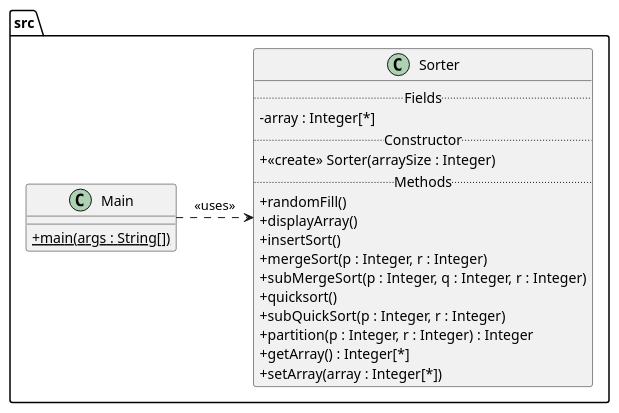
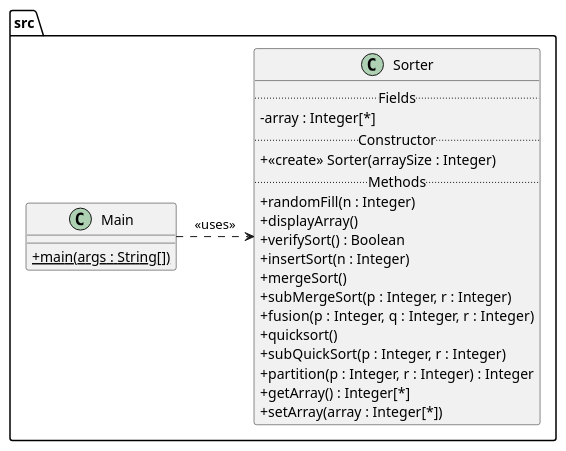
The diagram in Java/p41-Java/uml/DCC.puml (DimToups/Researches-about-sorting-algorithms), drawn with PlantUML before and after one commit. The commit also changed 1 other file, not shown here.

```diff
--- a/Java/p41-Java/uml/DCC.puml
+++ b/Java/p41-Java/uml/DCC.puml
@@ -1,29 +1,31 @@
 @startuml
 skinparam classAttributeIconSize 0
 
 package src{
     class Sorter{
         ..Fields..
         - array : Integer[*]
         ..Constructor..
         + <<create>> Sorter(arraySize : Integer)
         ..Methods..
-        + randomFill()
+        + randomFill(n : Integer)
         + displayArray()
-        + insertSort()
-        + mergeSort(p : Integer, r : Integer)
-        + subMergeSort(p : Integer, q : Integer, r : Integer)
+        + verifySort() : Boolean
+        + insertSort(n : Integer)
+        + mergeSort()
+        + subMergeSort(p : Integer, r : Integer)
+        + fusion(p : Integer, q : Integer, r : Integer)
         + quicksort()
         + subQuickSort(p : Integer, r : Integer)
         + partition(p : Integer, r : Integer) : Integer
         + getArray() : Integer[*]
         + setArray(array : Integer[*])
     }
     class Main{
         + main(args : String[]) {static}
     }
 }
 
 src.Main .> src.Sorter : <<uses>>
 
 @enduml
```
